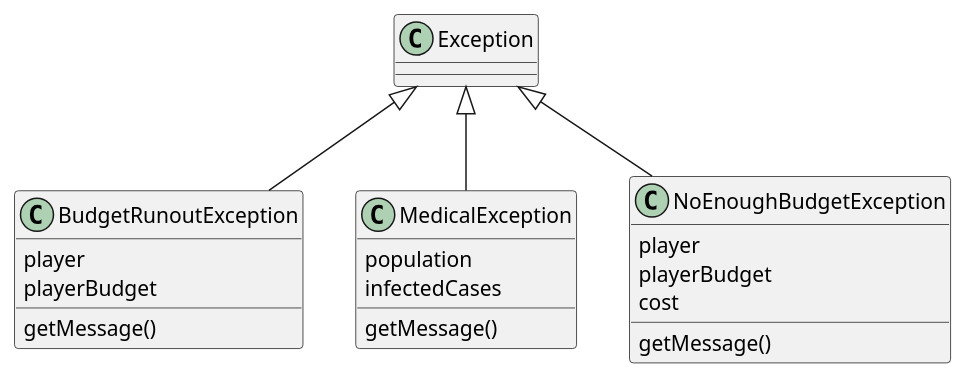
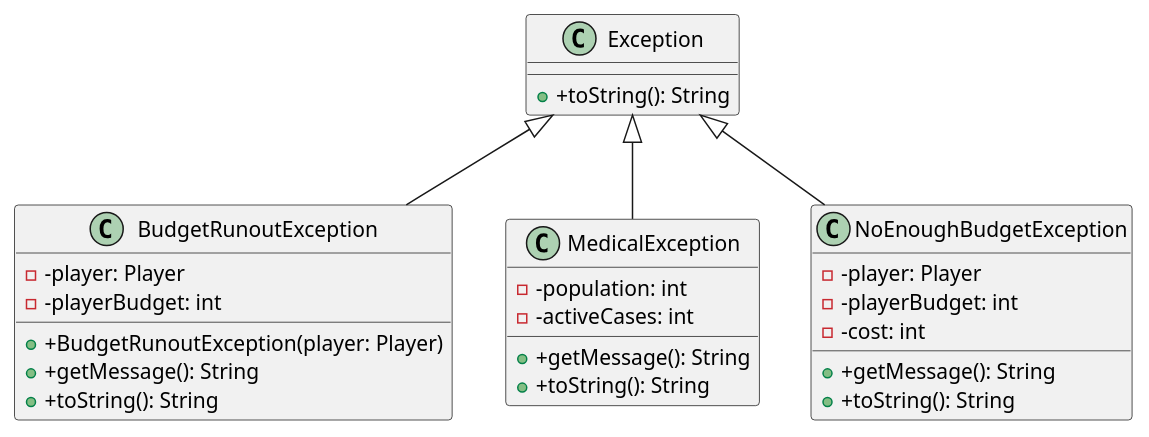
One commit to ahmad-hl/comp3021-corona-spring2021 changed the diagram in exceptions.puml. Above: the diagram before and after it, drawn with PlantUML. The commit also changed 12 other files, not shown here.

Commit message:
update: class diagram to show modifiers, parameters, and return types

```diff
--- a/exceptions.puml
+++ b/exceptions.puml
@@ -1,26 +1,32 @@
 @startuml
 'https://plantuml.com/class-diagram
 
-class Exception
+class Exception{
++ +toString(): String
+}
 class BudgetRunoutException{
-player
-playerBudget
-getMessage()
+- -player: Player
+- -playerBudget: int
++ +BudgetRunoutException(player: Player)
++ +getMessage(): String
++ +toString(): String
 }
 class MedicalException{
-population
-infectedCases
-getMessage()
+- -population: int
+- -activeCases: int
++ +getMessage(): String
++ +toString(): String
 }
 class NoEnoughBudgetException{
-player
-playerBudget
-cost
-getMessage()
+- -player: Player
+- -playerBudget: int
+- -cost: int
++ +getMessage(): String
++ +toString(): String
 }
 
 Exception <|-- BudgetRunoutException
 Exception <|-- NoEnoughBudgetException
 Exception <|-- MedicalException
 
 @enduml
```
